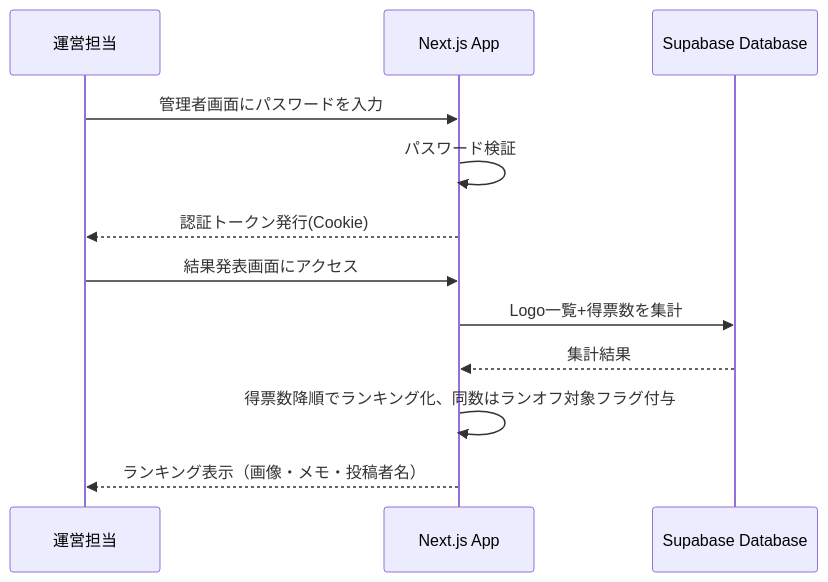
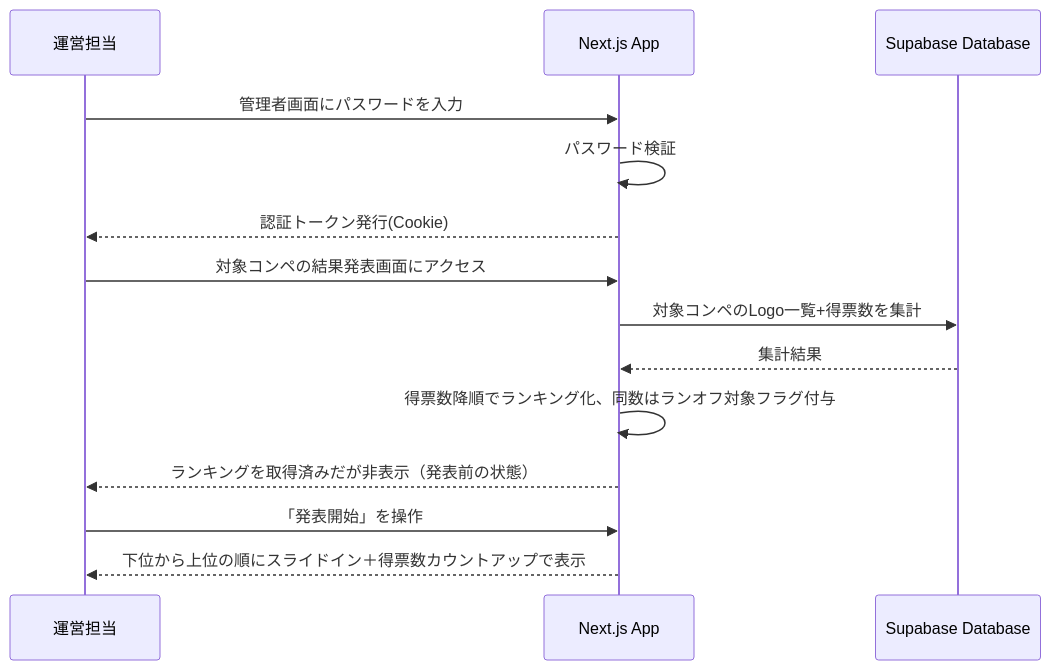
Before and after one commit to lewisia02/SwipeMatch: the eighth of 10 diagrams in docs/functional-design.md, drawn with Mermaid. The commit also changed other lines of this file and 8 other files, not shown here.

````diff
--- a/docs/functional-design.md
+++ b/docs/functional-design.md
@@ -379,15 +494,17 @@
 ```mermaid
 sequenceDiagram
     participant Admin as 運営担当
     participant App as Next.js App
     participant DB as Supabase Database
 
     Admin->>App: 管理者画面にパスワードを入力
     App->>App: パスワード検証
     App-->>Admin: 認証トークン発行(Cookie)
-    Admin->>App: 結果発表画面にアクセス
-    App->>DB: Logo一覧+得票数を集計
+    Admin->>App: 対象コンペの結果発表画面にアクセス
+    App->>DB: 対象コンペのLogo一覧+得票数を集計
     DB-->>App: 集計結果
     App->>App: 得票数降順でランキング化、同数はランオフ対象フラグ付与
-    App-->>Admin: ランキング表示（画像・メモ・投稿者名）
+    App-->>Admin: ランキングを取得済みだが非表示（発表前の状態）
+    Admin->>App: 「発表開始」を操作
+    App-->>Admin: 下位から上位の順にスライドイン＋得票数カウントアップで表示
 ```
````
